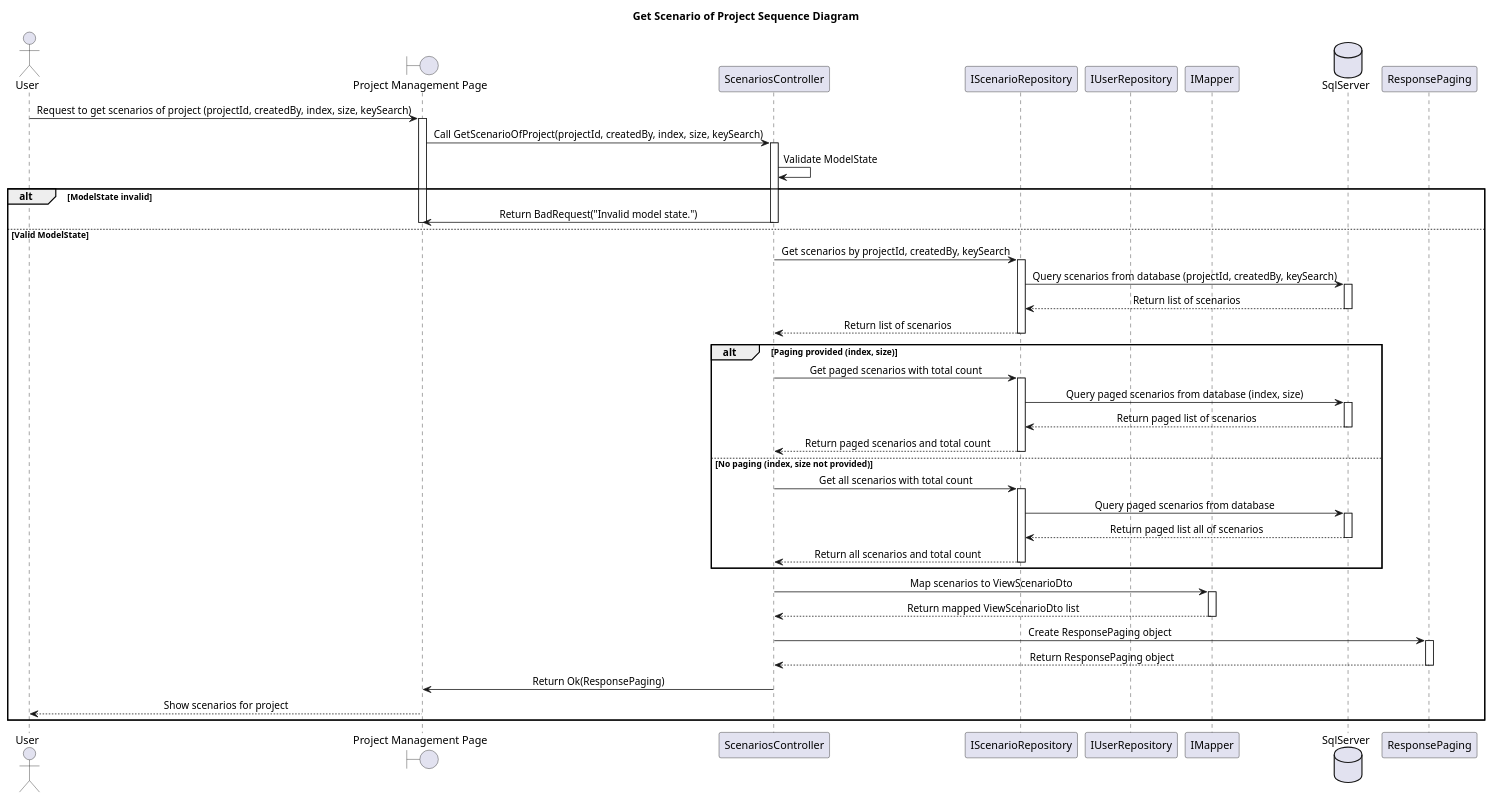
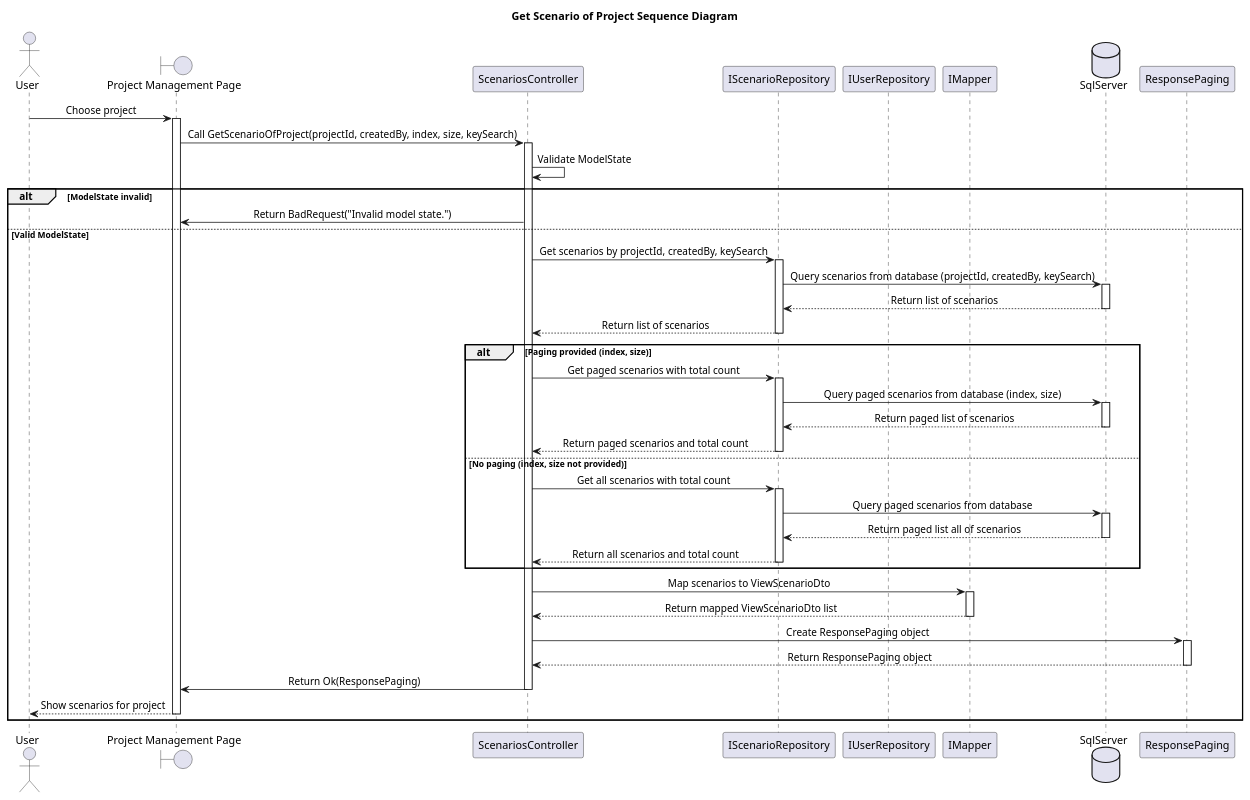
The diagram in ClassDiagram/ScenarioManagement/ViewScenarioOfProjectSequenceDiagram.plantuml (Caothuludau/InSyncDocument), drawn with PlantUML before and after one commit. The commit also changed 7 other files, not shown here.

Commit message:
code diagram

```diff
--- a/ClassDiagram/ScenarioManagement/ViewScenarioOfProjectSequenceDiagram.plantuml
+++ b/ClassDiagram/ScenarioManagement/ViewScenarioOfProjectSequenceDiagram.plantuml
@@ -1,72 +1,70 @@
 @startuml
 skinparam classAttributeIconSize 0
 skinparam SequenceMessageAlignment center
 Title Get Scenario of Project Sequence Diagram
 
 actor "User" as U
 boundary "Project Management Page" as Hp
 participant "ScenariosController" as ScenariosController
 participant "IScenarioRepository" as IScenarioRepo
 participant "IUserRepository" as IUserRepo
 participant "IMapper" as Mapper
 database "SqlServer" as Db
 participant "ResponsePaging" as ResponsePaging
 
-U -> Hp : Request to get scenarios of project (projectId, createdBy, index, size, keySearch)
+U -> Hp : Choose project
 activate Hp
 
 Hp -> ScenariosController : Call GetScenarioOfProject(projectId, createdBy, index, size, keySearch)
 activate ScenariosController
 
 ScenariosController -> ScenariosController : Validate ModelState
 alt ModelState invalid
     ScenariosController -> Hp : Return BadRequest("Invalid model state.")
-    deactivate Hp
-    deactivate ScenariosController
 else Valid ModelState
     ScenariosController -> IScenarioRepo : Get scenarios by projectId, createdBy, keySearch
     activate IScenarioRepo
     IScenarioRepo -> Db : Query scenarios from database (projectId, createdBy, keySearch)
     activate Db
     Db --> IScenarioRepo : Return list of scenarios
     deactivate Db
     IScenarioRepo --> ScenariosController : Return list of scenarios
     deactivate IScenarioRepo
 
     alt Paging provided (index, size)
         ScenariosController -> IScenarioRepo : Get paged scenarios with total count
         activate IScenarioRepo
         IScenarioRepo -> Db : Query paged scenarios from database (index, size)
         activate Db
         Db --> IScenarioRepo : Return paged list of scenarios
         deactivate Db
         IScenarioRepo --> ScenariosController : Return paged scenarios and total count
         deactivate IScenarioRepo
     else No paging (index, size not provided)
         ScenariosController -> IScenarioRepo : Get all scenarios with total count
         activate IScenarioRepo
         IScenarioRepo -> Db : Query paged scenarios from database 
         activate Db
         Db --> IScenarioRepo : Return paged list all of scenarios
         deactivate Db
         IScenarioRepo --> ScenariosController : Return all scenarios and total count
         deactivate IScenarioRepo
     end
 
     ScenariosController -> Mapper : Map scenarios to ViewScenarioDto
     activate Mapper
     Mapper --> ScenariosController : Return mapped ViewScenarioDto list
     deactivate Mapper
 
     ScenariosController -> ResponsePaging : Create ResponsePaging object
     activate ResponsePaging
     ResponsePaging --> ScenariosController : Return ResponsePaging object
     deactivate ResponsePaging
 
     ScenariosController -> Hp : Return Ok(ResponsePaging)
     deactivate ScenariosController
     Hp --> U : Show scenarios for project
     deactivate Hp
 end
 
 @enduml
```
